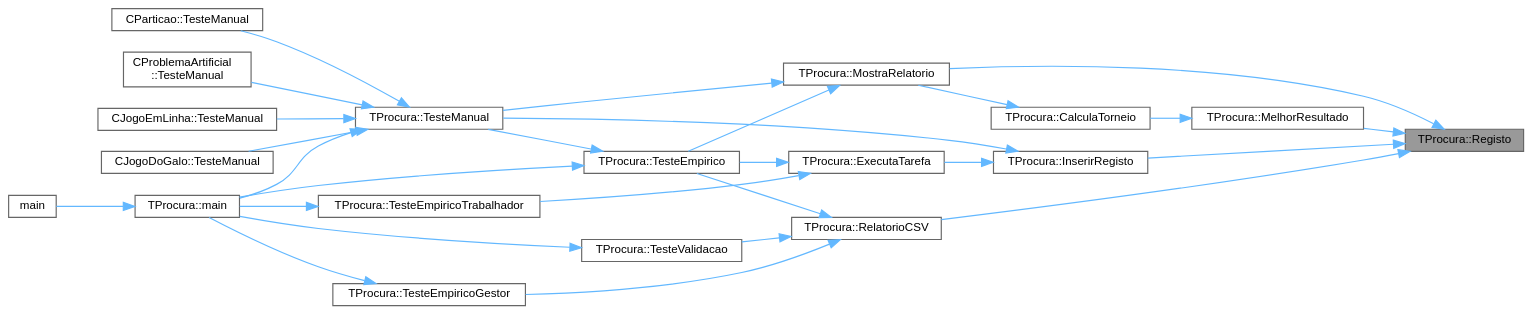
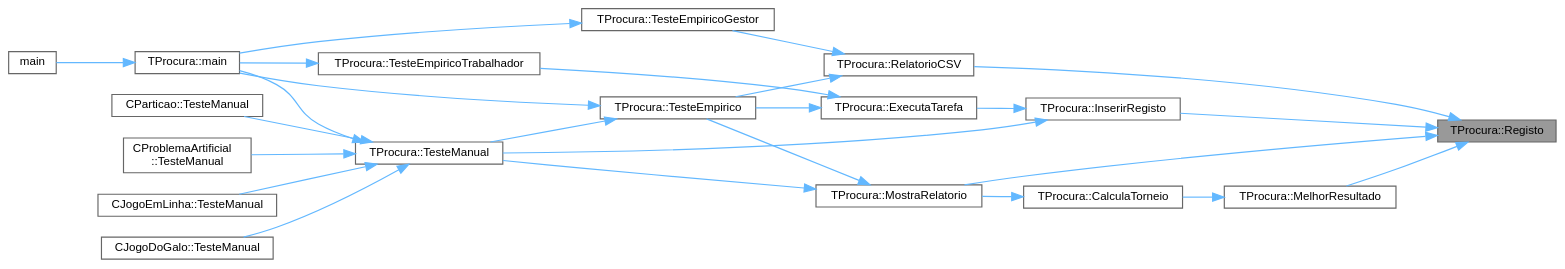
The diagram in classTProcura_ae7fda59c4090bfd47b63d2d227122b77_icgraph.dot (jcoelho72/TProcura), drawn with Graphviz before and after one commit. The commit also changed 255 other files, not shown here.

```diff
--- a/classTProcura_ae7fda59c4090bfd47b63d2d227122b77_icgraph.dot
+++ b/classTProcura_ae7fda59c4090bfd47b63d2d227122b77_icgraph.dot
@@ -1,52 +1,49 @@
 digraph "TProcura::Registo"
 {
  // LATEX_PDF_SIZE
   bgcolor="transparent";
   edge [fontname=Helvetica,fontsize=10,labelfontname=Helvetica,labelfontsize=10];
   node [fontname=Helvetica,fontsize=10,shape=box,height=0.2,width=0.4];
   rankdir="RL";
   Node1 [id="Node000001",label="TProcura::Registo",height=0.2,width=0.4,color="gray40", fillcolor="grey60", style="filled", fontcolor="black",tooltip="Procura um registo com determinado id."];
   Node1 -> Node2 [id="edge1_Node000001_Node000002",dir="back",color="steelblue1",style="solid",tooltip=" "];
   Node2 [id="Node000002",label="TProcura::InserirRegisto",height=0.2,width=0.4,color="grey40", fillcolor="white", style="filled",URL="$classTProcura.html#acd7a254a5057023a21b9909053c36f24",tooltip="Insere um novo registo de resultados."];
   Node2 -> Node3 [id="edge2_Node000002_Node000003",dir="back",color="steelblue1",style="solid",tooltip=" "];
   Node3 [id="Node000003",label="TProcura::ExecutaTarefa",height=0.2,width=0.4,color="grey40", fillcolor="white", style="filled",URL="$classTProcura.html#a2c3c5fdff8277b04a219156dec0f068b",tooltip="Executa uma tarefa num teste empírico."];
   Node3 -> Node4 [id="edge3_Node000003_Node000004",dir="back",color="steelblue1",style="solid",tooltip=" "];
   Node4 [id="Node000004",label="TProcura::TesteEmpirico",height=0.2,width=0.4,color="grey40", fillcolor="white", style="filled",URL="$classTProcura.html#acee9af6bb96ce1557fbec912f9ada9ce",tooltip="Executa testes empíricos, em todas as configurações guardadas, nas instâncias selecionadas."];
   Node4 -> Node5 [id="edge4_Node000004_Node000005",dir="back",color="steelblue1",style="solid",tooltip=" "];
   Node5 [id="Node000005",label="TProcura::main",height=0.2,width=0.4,color="grey40", fillcolor="white", style="filled",URL="$classTProcura.html#a8efd6f9c08b28effd32ab3ed07b4f70e",tooltip="Inicializa a interação com o utilizador."];
   Node5 -> Node6 [id="edge5_Node000005_Node000006",dir="back",color="steelblue1",style="solid",tooltip=" "];
   Node6 [id="Node000006",label="main",height=0.2,width=0.4,color="grey40", fillcolor="white", style="filled",URL="$Adversa_2Teste_2teste_8cpp.html#a0ddf1224851353fc92bfbff6f499fa97",tooltip=" "];
   Node4 -> Node7 [id="edge6_Node000004_Node000007",dir="back",color="steelblue1",style="solid",tooltip=" "];
   Node7 [id="Node000007",label="TProcura::TesteManual",height=0.2,width=0.4,color="grey40", fillcolor="white", style="filled",URL="$classTProcura.html#a8331059908495f9a915ada39424ca27c",tooltip="Inicializa a interação com o utilizador."];
   Node7 -> Node5 [id="edge7_Node000007_Node000005",dir="back",color="steelblue1",style="solid",tooltip=" "];
   Node7 -> Node8 [id="edge8_Node000007_Node000008",dir="back",color="steelblue1",style="solid",tooltip=" "];
   Node8 [id="Node000008",label="CJogoDoGalo::TesteManual",height=0.2,width=0.4,color="grey40", fillcolor="white", style="filled",URL="$classCJogoDoGalo.html#a113984a3801a93ebce61e0a700a413ab",tooltip=" "];
   Node7 -> Node9 [id="edge9_Node000007_Node000009",dir="back",color="steelblue1",style="solid",tooltip=" "];
   Node9 [id="Node000009",label="CParticao::TesteManual",height=0.2,width=0.4,color="grey40", fillcolor="white", style="filled",URL="$classCParticao.html#aa4d328b9944991f3fc52ce0726111865",tooltip=" "];
   Node7 -> Node10 [id="edge10_Node000007_Node000010",dir="back",color="steelblue1",style="solid",tooltip=" "];
   Node10 [id="Node000010",label="CProblemaArtificial\l::TesteManual",height=0.2,width=0.4,color="grey40", fillcolor="white", style="filled",URL="$classCProblemaArtificial.html#abaad629eb538177261df40e1e27e92ed",tooltip=" "];
   Node7 -> Node11 [id="edge11_Node000007_Node000011",dir="back",color="steelblue1",style="solid",tooltip=" "];
   Node11 [id="Node000011",label="CJogoEmLinha::TesteManual",height=0.2,width=0.4,color="grey40", fillcolor="white", style="filled",URL="$classCJogoEmLinha.html#a605b4293eeaed3fd542afe36edcc8d51",tooltip="Inicializa a interação com o utilizador."];
   Node3 -> Node12 [id="edge12_Node000003_Node000012",dir="back",color="steelblue1",style="solid",tooltip=" "];
   Node12 [id="Node000012",label="TProcura::TesteEmpiricoTrabalhador",height=0.2,width=0.4,color="grey40", fillcolor="white", style="filled",URL="$classTProcura.html#a79047083f0756a123a7e489027d48c3a",tooltip="Teste empírico com modo mestre-escravo (este é o escravo)"];
   Node12 -> Node5 [id="edge13_Node000012_Node000005",dir="back",color="steelblue1",style="solid",tooltip=" "];
   Node2 -> Node7 [id="edge14_Node000002_Node000007",dir="back",color="steelblue1",style="solid",tooltip=" "];
   Node1 -> Node13 [id="edge15_Node000001_Node000013",dir="back",color="steelblue1",style="solid",tooltip=" "];
   Node13 [id="Node000013",label="TProcura::MelhorResultado",height=0.2,width=0.4,color="grey40", fillcolor="white", style="filled",URL="$classTProcura.html#abd92370cf06d23e878f9426aed34e39c",tooltip="Compara dois resultados para determinar o melhor."];
   Node13 -> Node14 [id="edge16_Node000013_Node000014",dir="back",color="steelblue1",style="solid",tooltip=" "];
   Node14 [id="Node000014",label="TProcura::CalculaTorneio",height=0.2,width=0.4,color="grey40", fillcolor="white", style="filled",URL="$classTProcura.html#ac1beda871dff742fdb49ae150cda24e3",tooltip="Calcula o torneio entre várias configurações."];
   Node14 -> Node15 [id="edge17_Node000014_Node000015",dir="back",color="steelblue1",style="solid",tooltip=" "];
   Node15 [id="Node000015",label="TProcura::MostraRelatorio",height=0.2,width=0.4,color="grey40", fillcolor="white", style="filled",URL="$classTProcura.html#a8efec796677c8e25ad8bdb56a1082e2d",tooltip="Mostra um relatório dos resultados."];
   Node15 -> Node4 [id="edge18_Node000015_Node000004",dir="back",color="steelblue1",style="solid",tooltip=" "];
   Node15 -> Node7 [id="edge19_Node000015_Node000007",dir="back",color="steelblue1",style="solid",tooltip=" "];
   Node1 -> Node15 [id="edge20_Node000001_Node000015",dir="back",color="steelblue1",style="solid",tooltip=" "];
   Node1 -> Node16 [id="edge21_Node000001_Node000016",dir="back",color="steelblue1",style="solid",tooltip=" "];
   Node16 [id="Node000016",label="TProcura::RelatorioCSV",height=0.2,width=0.4,color="grey40", fillcolor="white", style="filled",URL="$classTProcura.html#aa86b96b672310c9e4a01806ff264e3ab",tooltip="Gera um relatório CSV com os resultados."];
   Node16 -> Node4 [id="edge22_Node000016_Node000004",dir="back",color="steelblue1",style="solid",tooltip=" "];
   Node16 -> Node17 [id="edge23_Node000016_Node000017",dir="back",color="steelblue1",style="solid",tooltip=" "];
   Node17 [id="Node000017",label="TProcura::TesteEmpiricoGestor",height=0.2,width=0.4,color="grey40", fillcolor="white", style="filled",URL="$classTProcura.html#aa7d1a1397fba6a7fe5446f7a8d94e276",tooltip="Teste empírico com modo mestre-escravo (este é o mestre)"];
   Node17 -> Node5 [id="edge24_Node000017_Node000005",dir="back",color="steelblue1",style="solid",tooltip=" "];
-  Node16 -> Node18 [id="edge25_Node000016_Node000018",dir="back",color="steelblue1",style="solid",tooltip=" "];
-  Node18 [id="Node000018",label="TProcura::TesteValidacao",height=0.2,width=0.4,color="grey40", fillcolor="white", style="filled",URL="$classTProcura.html#a60074f8de5e9e28abcc68246f8dfae8e",tooltip="Executa testes de validação, executando cada solução na instância respetiva, e verificando a sua vali..."];
-  Node18 -> Node5 [id="edge26_Node000018_Node000005",dir="back",color="steelblue1",style="solid",tooltip=" "];
 }
```
